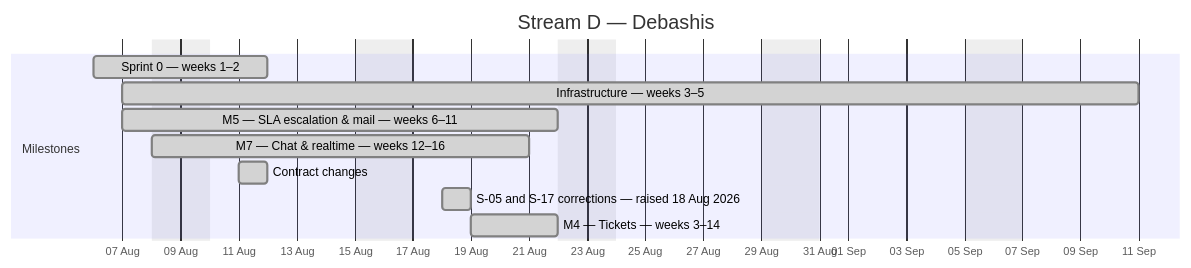
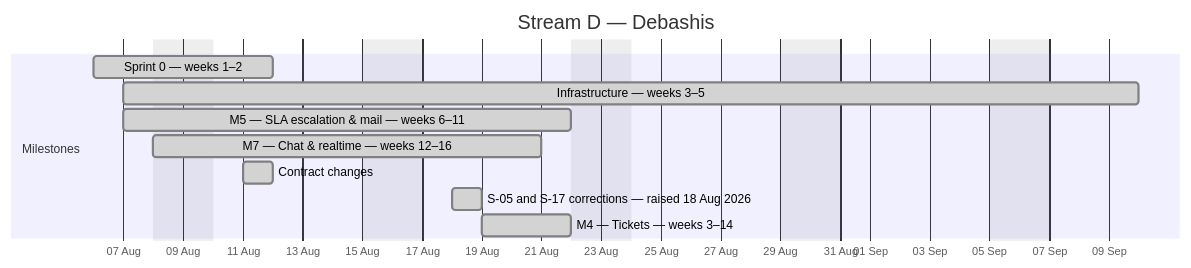
Before and after one commit to debashisedunext/EduTrack: the fourth of 4 diagrams in docs/plan/GANTT.md, drawn with Mermaid. The commit also changed other lines of this file and 3 other files, not shown here.

````diff
--- a/docs/plan/GANTT.md
+++ b/docs/plan/GANTT.md
@@ -130,15 +130,15 @@
 ```mermaid
 gantt
     dateFormat YYYY-MM-DD
     axisFormat %d %b
     title Stream D — Debashis
     excludes weekends
     section Milestones
     Sprint 0 — weeks 1–2 :done, d0, 2026-08-06, 4d
-    Infrastructure — weeks 3–5 :done, d1, 2026-08-07, 25d
+    Infrastructure — weeks 3–5 :done, d1, 2026-08-07, 24d
     M5 — SLA  escalation & mail — weeks 6–11 :done, d2, 2026-08-07, 11d
     M7 — Chat & realtime — weeks 12–16 :done, d3, 2026-08-08, 10d
     Contract changes :done, d4, 2026-08-11, 1d
     S-05 and S-17 corrections — raised 18 Aug 2026 :done, d5, 2026-08-18, 1d
     M4 — Tickets — weeks 3–14 :done, d6, 2026-08-19, 3d
 ```
````
